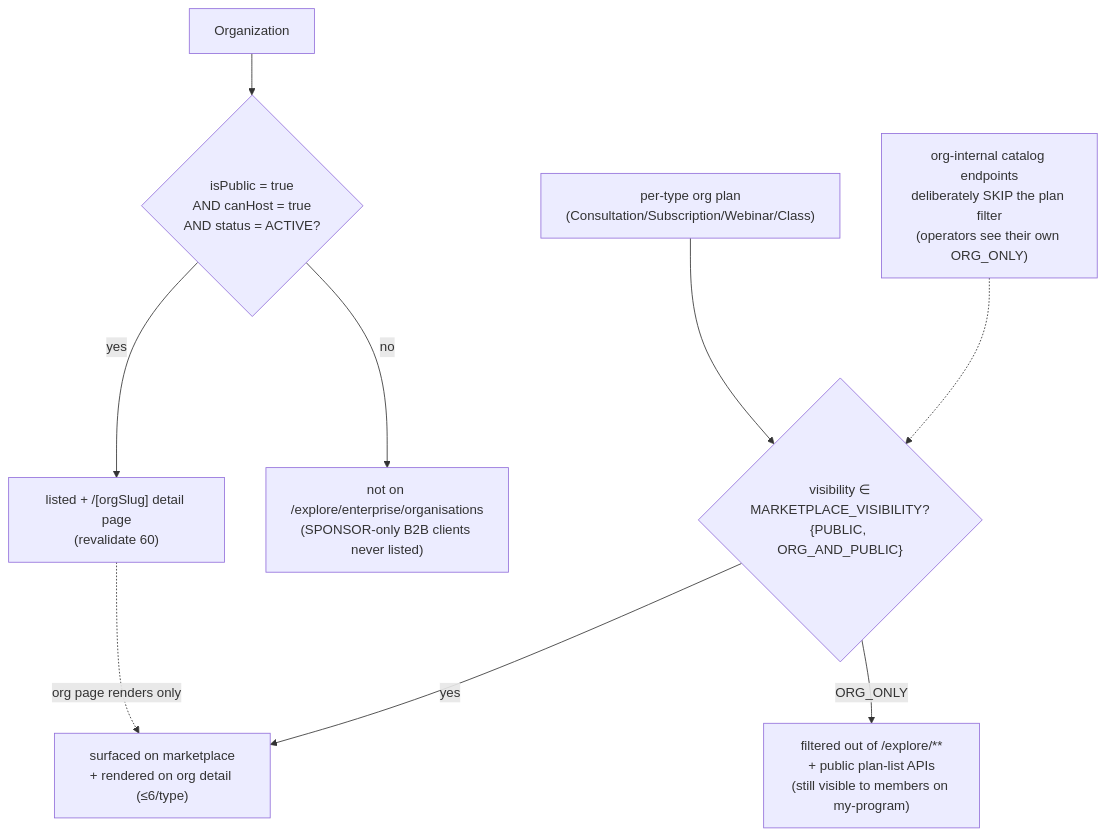
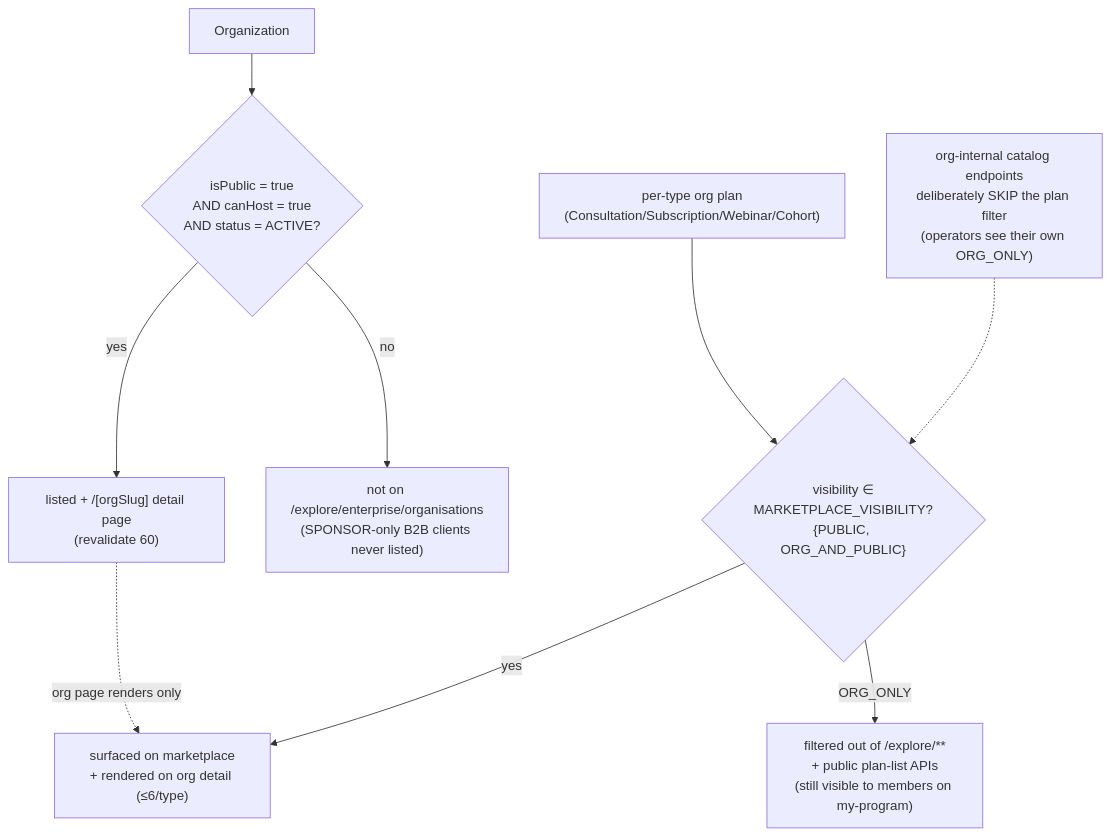
Before and after one commit to Practitionist/familiarise_web: the diagram in docs/enterprise/30-programs-and-lifecycle/05-public-pages-and-discovery.md, drawn with Mermaid. The commit also changed other lines of this file and 89 other files, not shown here.

````diff
--- a/docs/enterprise/30-programs-and-lifecycle/05-public-pages-and-discovery.md
+++ b/docs/enterprise/30-programs-and-lifecycle/05-public-pages-and-discovery.md
@@ -88,13 +88,13 @@
 ```mermaid
 flowchart TD
   ORG["Organization"] --> G1{"isPublic = true<br/>AND canHost = true<br/>AND status = ACTIVE?"}
   G1 -- no --> HIDE["not on /explore/enterprise/organisations<br/>(SPONSOR-only B2B clients never listed)"]
   G1 -- yes --> LIST["listed + /[orgSlug] detail page<br/>(revalidate 60)"]
 
-  PLAN["per-type org plan<br/>(Consultation/Subscription/Webinar/Class)"] --> G2{"visibility ∈<br/>MARKETPLACE_VISIBILITY?<br/>{PUBLIC, ORG_AND_PUBLIC}"}
+  PLAN["per-type org plan<br/>(Consultation/Subscription/Webinar/Cohort)"] --> G2{"visibility ∈<br/>MARKETPLACE_VISIBILITY?<br/>{PUBLIC, ORG_AND_PUBLIC}"}
   G2 -- "ORG_ONLY" --> PHIDE["filtered out of /explore/**<br/>+ public plan-list APIs<br/>(still visible to members on my-program)"]
   G2 -- yes --> PSHOW["surfaced on marketplace<br/>+ rendered on org detail (≤6/type)"]
 
   LIST -.->|org page renders only| PSHOW
   note1["org-internal catalog endpoints<br/>deliberately SKIP the plan filter<br/>(operators see their own ORG_ONLY)"] -.-> G2
 ```
````
